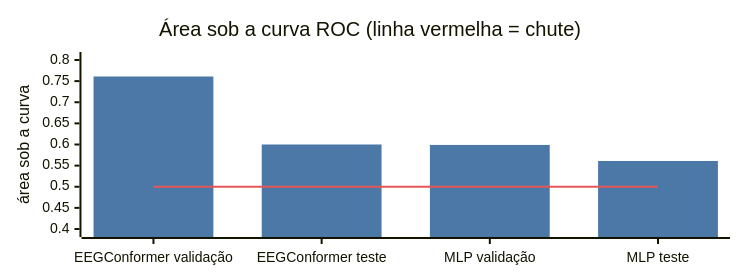
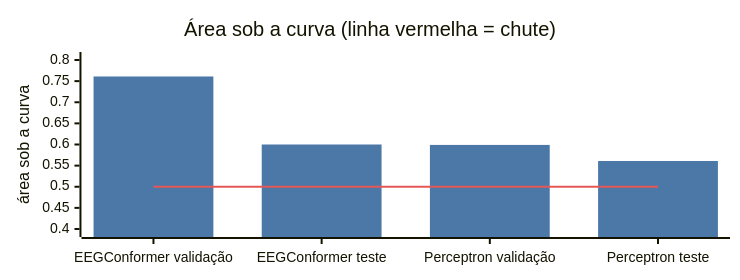
One commit to kafb04/data-engineering-multimodal-ai changed the fifth of 8 diagrams in README.md. Above: the diagram before and after it, drawn with Mermaid. The commit also changed other lines of this file, not shown here.

````diff
--- a/README.md
+++ b/README.md
@@ -214,17 +131,17 @@
 ```mermaid
 ---
 config:
   xyChart:
     width: 720
     height: 260
   themeVariables:
     xyChart:
       plotColorPalette: "#4C78A8, #E45756"
 ---
 xychart-beta
-    title "Área sob a curva ROC (linha vermelha = chute)"
-    x-axis ["EEGConformer validação", "EEGConformer teste", "MLP validação", "MLP teste"]
+    title "Área sob a curva (linha vermelha = chute)"
+    x-axis ["EEGConformer validação", "EEGConformer teste", "Perceptron validação", "Perceptron teste"]
     y-axis "área sob a curva" 0.4 --> 0.8
     bar [0.761, 0.600, 0.599, 0.561]
     line [0.5, 0.5, 0.5, 0.5]
 ```
````
